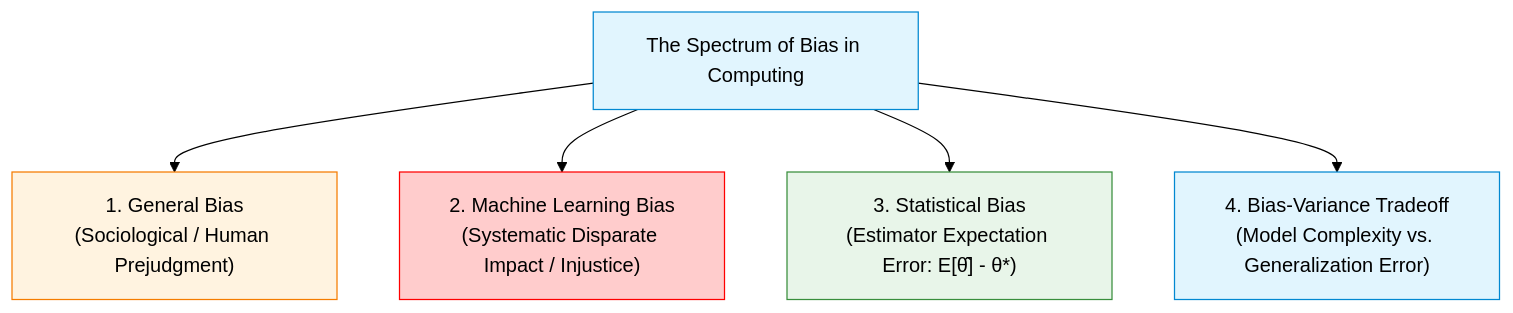
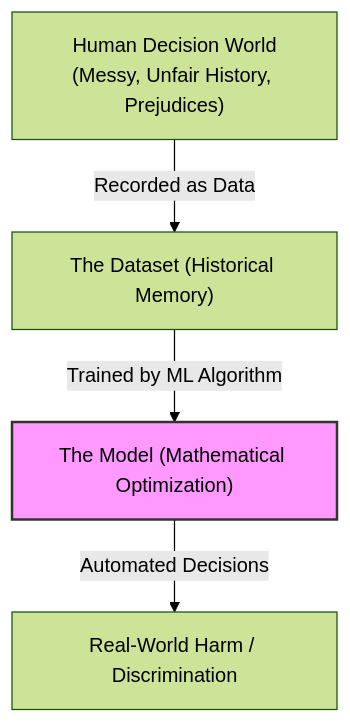
One commit to SMTEmon/2-2 changed the first of 6 diagrams in Engg. Ethics/Final/Lecture 9 - Types of Biases in Data-driven Technology.md. Above: the diagram before and after it, drawn with Mermaid (forest theme). The commit also changed other lines of this file and 32 other files, not shown here.

````diff
--- a/Engg. Ethics/Final/Lecture 9 - Types of Biases in Data-driven Technology.md
+++ b/Engg. Ethics/Final/Lecture 9 - Types of Biases in Data-driven Technology.md
@@ -34,13 +20,7 @@
 ```mermaid
-flowchart TD
-    A["The Spectrum of Bias in Computing"] --> B["1. General Bias<br>(Sociological / Human Prejudgment)"]
-    A --> C["2. Machine Learning Bias<br>(Systematic Disparate Impact / Injustice)"]
-    A --> D["3. Statistical Bias<br>(Estimator Expectation Error: E[θ̂] - θ*)"]
-    A --> E["4. Bias-Variance Tradeoff<br>(Model Complexity vs. Generalization Error)"]
-
-    style A fill:#e1f5fe,stroke:#0288d1
-    style B fill:#fff3e0,stroke:#f57c00
-    style C fill:#ffcccc,stroke:#ff0000
-    style D fill:#e8f5e9,stroke:#388e3c
-    style E fill:#e1f5fe,stroke:#0288d1
+graph TD
+    A["Human Decision World<br>(Messy, Unfair History, Prejudices)"] -->|"Recorded as Data"| B["The Dataset (Historical Memory)"]
+    B -->|"Trained by ML Algorithm"| C["The Model (Mathematical Optimization)"]
+    C -->|"Automated Decisions"| D["Real-World Harm / Discrimination"]
+    style C fill:#f9f,stroke:#333,stroke-width:2px
 ```
````
